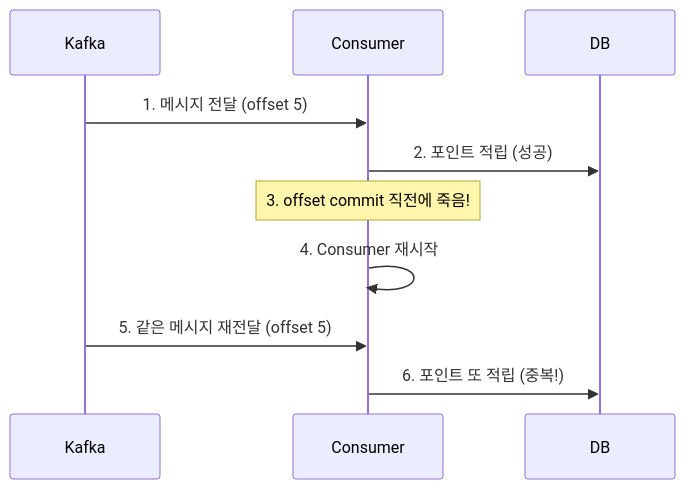
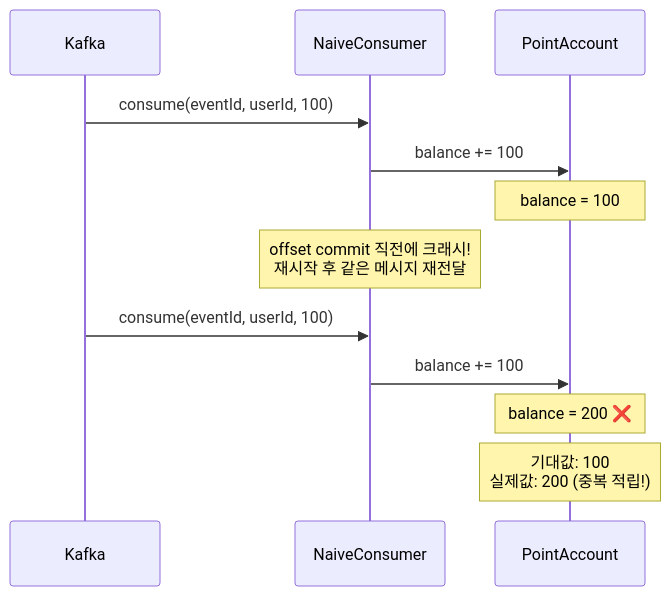
Before and after one commit to katiekim17/messaging-lab: the first of 11 diagrams in src/test/java/com/example/messaging/step6_idempotent_consumer/README.md, drawn with Mermaid. The commit also changed other lines of this file and 6 other files, not shown here.

````diff
--- a/src/test/java/com/example/messaging/step6_idempotent_consumer/README.md
+++ b/src/test/java/com/example/messaging/step6_idempotent_consumer/README.md
@@ -20,14 +15,18 @@
 ```mermaid
 sequenceDiagram
-    participant Kafka
-    participant Consumer
-    participant DB
+    participant Kafka as Kafka
+    participant Cons as NaiveConsumer
+    participant DB as PointAccount
 
-    Kafka->>Consumer: 1. 메시지 전달 (offset 5)
-    Consumer->>DB: 2. 포인트 적립 (성공)
-    Note over Consumer: 3. offset commit 직전에 죽음!
+    Kafka->>Cons: consume(eventId, userId, 100)
+    Cons->>DB: balance += 100
+    Note over DB: balance = 100
 
-    Consumer->>Consumer: 4. Consumer 재시작
-    Kafka->>Consumer: 5. 같은 메시지 재전달 (offset 5)
-    Consumer->>DB: 6. 포인트 또 적립 (중복!)
+    Note over Cons: offset commit 직전에 크래시!<br/>재시작 후 같은 메시지 재전달
+
+    Kafka->>Cons: consume(eventId, userId, 100)
+    Cons->>DB: balance += 100
+    Note over DB: balance = 200 ❌
+
+    Note over DB: 기대값: 100<br/>실제값: 200 (중복 적립!)
 ```
````
